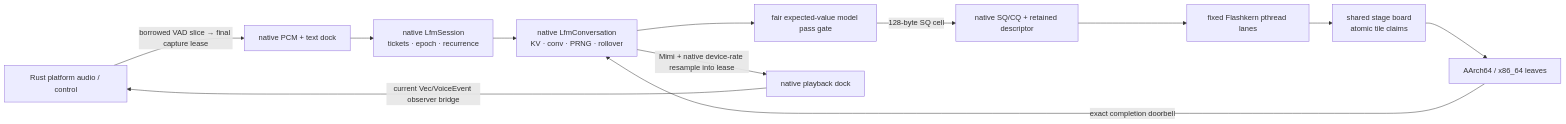
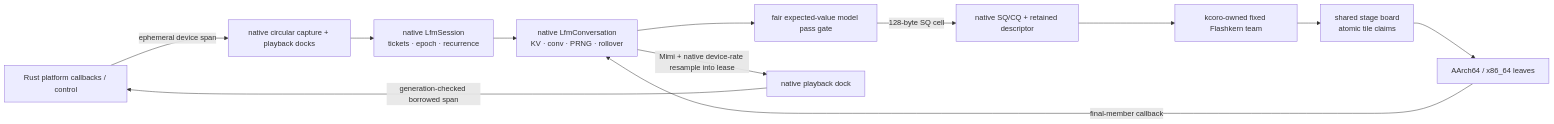
One commit to SolaceHarmony/emberharmony changed the diagram in crates/liquid-audio/docs/DECODE_ENGINE.md. Above: the diagram before and after it, drawn with Mermaid. The commit also changed other lines of this file and 98 other files, not shown here.

Commit message:
feat(voice): land native capture and supervision tranche

````diff
--- a/crates/liquid-audio/docs/DECODE_ENGINE.md
+++ b/crates/liquid-audio/docs/DECODE_ENGINE.md
@@ -67,14 +69,14 @@
 ```mermaid
 flowchart LR
-    Host["Rust platform audio / control"] -->|"borrowed VAD slice → final capture lease"| Dock["native PCM + text dock"]
+    Host["Rust platform callbacks / control"] -->|"ephemeral device span"| Dock["native circular capture + playback docks"]
     Dock --> Session["native LfmSession<br/>tickets · epoch · recurrence"]
     Session --> Conv["native LfmConversation<br/>KV · conv · PRNG · rollover"]
     Conv --> Gate["fair expected-value model pass gate"]
     Gate -->|"128-byte SQ cell"| Bridge["native SQ/CQ + retained descriptor"]
-    Bridge --> Team["fixed Flashkern pthread lanes"]
+    Bridge --> Team["kcoro-owned fixed Flashkern team"]
     Team --> Board["shared stage board<br/>atomic tile claims"]
     Board --> Kernels["AArch64 / x86_64 leaves"]
-    Kernels -->|"exact completion doorbell"| Conv
+    Kernels -->|"final-member callback"| Conv
     Conv -->|"Mimi + native device-rate resample into lease"| Playback["native playback dock"]
-    Playback -->|"current Vec/VoiceEvent observer bridge"| Host
+    Playback -->|"generation-checked borrowed span"| Host
 ```
````
